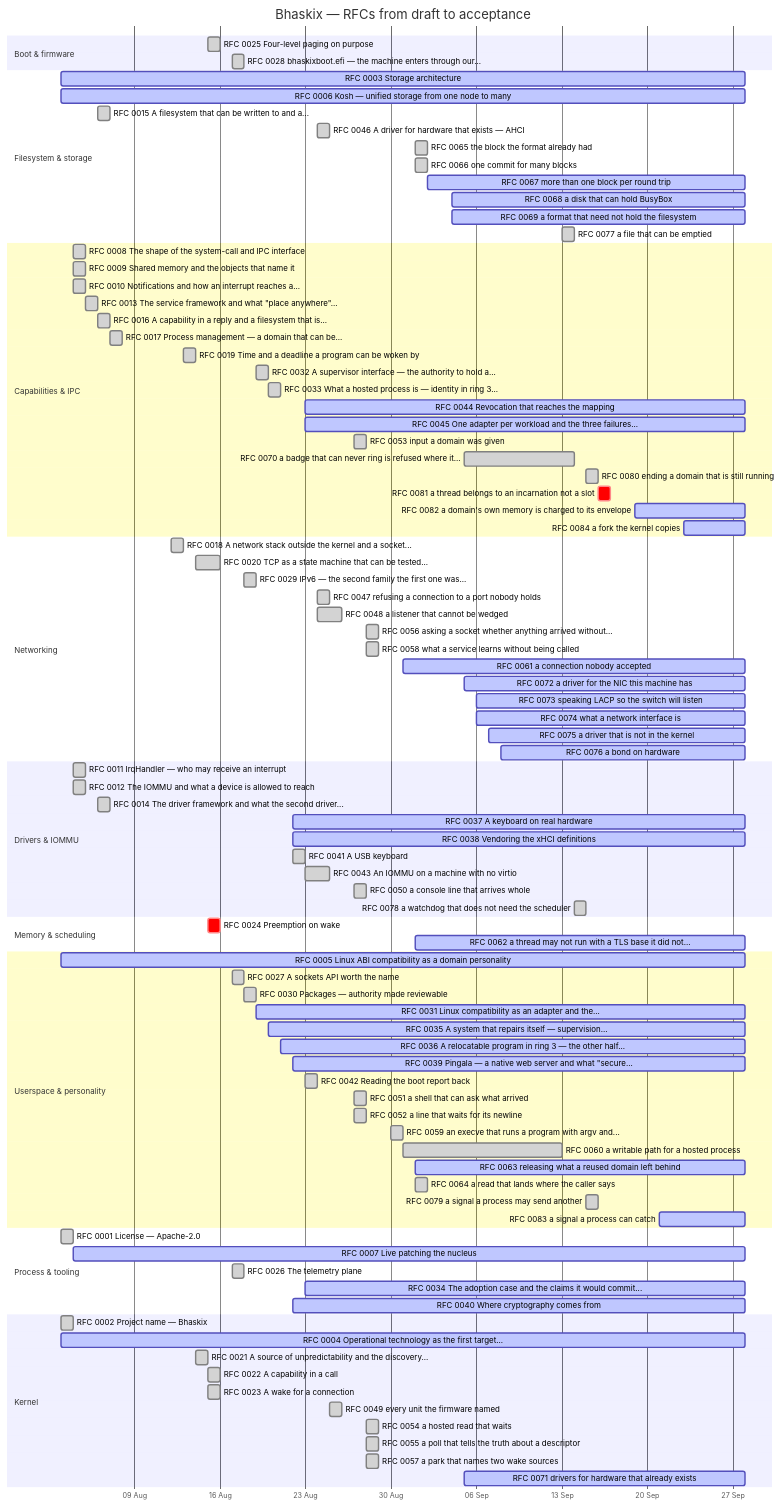
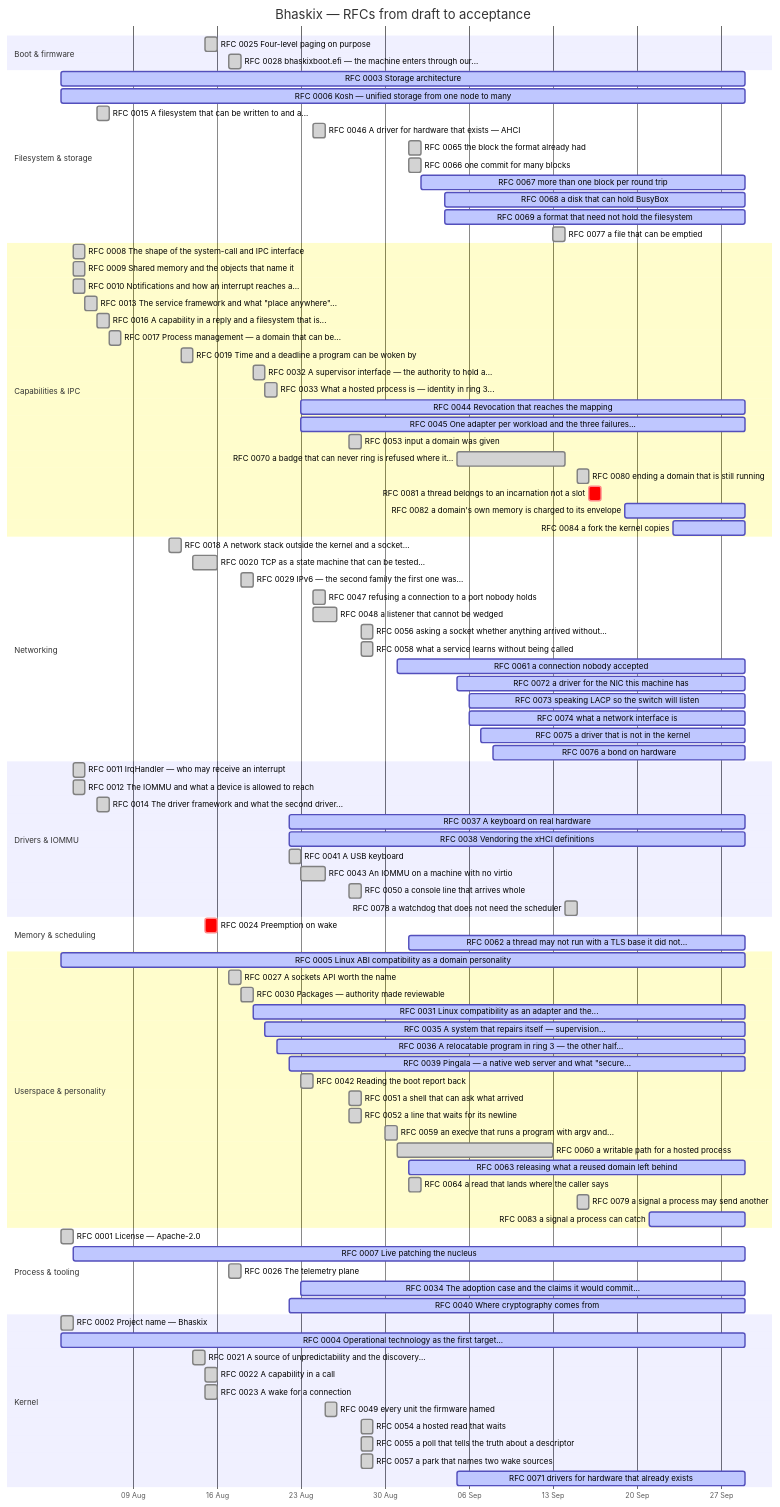
One commit to bhaskix/bhaskix changed the diagram in docs/progress.md. Above: the diagram before and after it, drawn with Mermaid. The commit also changed other lines of this file and 5 other files, not shown here.

````diff
--- a/docs/progress.md
+++ b/docs/progress.md
@@ -31,15 +31,15 @@
     RFC 0025 Four-level paging on purpose :done, r0025, 2026-08-15, 2026-08-16
     RFC 0028 bhaskixboot.efi — the machine enters through our... :done, r0028, 2026-08-17, 2026-08-18
     section Filesystem & storage
-    RFC 0003 Storage architecture :active, r0003, 2026-08-03, 2026-09-28
-    RFC 0006 Kosh — unified storage from one node to many :active, r0006, 2026-08-03, 2026-09-28
+    RFC 0003 Storage architecture :active, r0003, 2026-08-03, 2026-09-29
+    RFC 0006 Kosh — unified storage from one node to many :active, r0006, 2026-08-03, 2026-09-29
     RFC 0015 A filesystem that can be written to and a... :done, r0015, 2026-08-06, 1d
     RFC 0046 A driver for hardware that exists — AHCI :done, r0046, 2026-08-24, 1d
     RFC 0065 the block the format already had :done, r0065, 2026-09-01, 1d
     RFC 0066 one commit for many blocks :done, r0066, 2026-09-01, 1d
-    RFC 0067 more than one block per round trip :active, r0067, 2026-09-02, 2026-09-28
-    RFC 0068 a disk that can hold BusyBox :active, r0068, 2026-09-04, 2026-09-28
-    RFC 0069 a format that need not hold the filesystem :active, r0069, 2026-09-04, 2026-09-28
+    RFC 0067 more than one block per round trip :active, r0067, 2026-09-02, 2026-09-29
+    RFC 0068 a disk that can hold BusyBox :active, r0068, 2026-09-04, 2026-09-29
+    RFC 0069 a format that need not hold the filesystem :active, r0069, 2026-09-04, 2026-09-29
     RFC 0077 a file that can be emptied :done, r0077, 2026-09-13, 1d
     section Capabilities & IPC
     RFC 0008 The shape of the system-call and IPC interface :done, r0008, 2026-08-04, 1d
@@ -51,14 +51,14 @@
     RFC 0019 Time and a deadline a program can be woken by :done, r0019, 2026-08-13, 2026-08-14
     RFC 0032 A supervisor interface — the authority to hold a... :done, r0032, 2026-08-19, 2026-08-20
     RFC 0033 What a hosted process is — identity in ring 3... :done, r0033, 2026-08-20, 1d
-    RFC 0044 Revocation that reaches the mapping :active, r0044, 2026-08-23, 2026-09-28
-    RFC 0045 One adapter per workload and the three failures... :active, r0045, 2026-08-23, 2026-09-28
+    RFC 0044 Revocation that reaches the mapping :active, r0044, 2026-08-23, 2026-09-29
+    RFC 0045 One adapter per workload and the three failures... :active, r0045, 2026-08-23, 2026-09-29
     RFC 0053 input a domain was given :done, r0053, 2026-08-27, 1d
     RFC 0070 a badge that can never ring is refused where it... :done, r0070, 2026-09-05, 2026-09-14
     RFC 0080 ending a domain that is still running :done, r0080, 2026-09-15, 1d
     RFC 0081 a thread belongs to an incarnation not a slot :crit, r0081, 2026-09-16, 1d
-    RFC 0082 a domain's own memory is charged to its envelope :active, r0082, 2026-09-19, 2026-09-28
-    RFC 0084 a fork the kernel copies :active, r0084, 2026-09-23, 2026-09-28
+    RFC 0082 a domain's own memory is charged to its envelope :active, r0082, 2026-09-19, 2026-09-29
+    RFC 0084 a fork the kernel copies :active, r0084, 2026-09-23, 2026-09-29
     section Networking
     RFC 0018 A network stack outside the kernel and a socket... :done, r0018, 2026-08-12, 2026-08-13
     RFC 0020 TCP as a state machine that can be tested... :done, r0020, 2026-08-14, 2026-08-16
@@ -67,51 +67,51 @@
     RFC 0048 a listener that cannot be wedged :done, r0048, 2026-08-24, 2026-08-26
     RFC 0056 asking a socket whether anything arrived without... :done, r0056, 2026-08-28, 1d
     RFC 0058 what a service learns without being called :done, r0058, 2026-08-28, 1d
-    RFC 0061 a connection nobody accepted :active, r0061, 2026-08-31, 2026-09-28
-    RFC 0072 a driver for the NIC this machine has :active, r0072, 2026-09-05, 2026-09-28
-    RFC 0073 speaking LACP so the switch will listen :active, r0073, 2026-09-06, 2026-09-28
-    RFC 0074 what a network interface is :active, r0074, 2026-09-06, 2026-09-28
-    RFC 0075 a driver that is not in the kernel :active, r0075, 2026-09-07, 2026-09-28
-    RFC 0076 a bond on hardware :active, r0076, 2026-09-08, 2026-09-28
+    RFC 0061 a connection nobody accepted :active, r0061, 2026-08-31, 2026-09-29
+    RFC 0072 a driver for the NIC this machine has :active, r0072, 2026-09-05, 2026-09-29
+    RFC 0073 speaking LACP so the switch will listen :active, r0073, 2026-09-06, 2026-09-29
+    RFC 0074 what a network interface is :active, r0074, 2026-09-06, 2026-09-29
+    RFC 0075 a driver that is not in the kernel :active, r0075, 2026-09-07, 2026-09-29
+    RFC 0076 a bond on hardware :active, r0076, 2026-09-08, 2026-09-29
     section Drivers & IOMMU
     RFC 0011 IrqHandler — who may receive an interrupt :done, r0011, 2026-08-04, 1d
     RFC 0012 The IOMMU and what a device is allowed to reach :done, r0012, 2026-08-04, 1d
     RFC 0014 The driver framework and what the second driver... :done, r0014, 2026-08-06, 1d
-    RFC 0037 A keyboard on real hardware :active, r0037, 2026-08-22, 2026-09-28
-    RFC 0038 Vendoring the xHCI definitions :active, r0038, 2026-08-22, 2026-09-28
+    RFC 0037 A keyboard on real hardware :active, r0037, 2026-08-22, 2026-09-29
+    RFC 0038 Vendoring the xHCI definitions :active, r0038, 2026-08-22, 2026-09-29
     RFC 0041 A USB keyboard :done, r0041, 2026-08-22, 2026-08-23
     RFC 0043 An IOMMU on a machine with no virtio :done, r0043, 2026-08-23, 2026-08-25
     RFC 0050 a console line that arrives whole :done, r0050, 2026-08-27, 1d
     RFC 0078 a watchdog that does not need the scheduler :done, r0078, 2026-09-14, 2026-09-15
     section Memory & scheduling
     RFC 0024 Preemption on wake :crit, r0024, 2026-08-15, 1d
-    RFC 0062 a thread may not run with a TLS base it did not... :active, r0062, 2026-09-01, 2026-09-28
+    RFC 0062 a thread may not run with a TLS base it did not... :active, r0062, 2026-09-01, 2026-09-29
     section Userspace & personality
-    RFC 0005 Linux ABI compatibility as a domain personality :active, r0005, 2026-08-03, 2026-09-28
+    RFC 0005 Linux ABI compatibility as a domain personality :active, r0005, 2026-08-03, 2026-09-29
     RFC 0027 A sockets API worth the name :done, r0027, 2026-08-17, 1d
     RFC 0030 Packages — authority made reviewable :done, r0030, 2026-08-18, 2026-08-19
-    RFC 0031 Linux compatibility as an adapter and the... :active, r0031, 2026-08-19, 2026-09-28
-    RFC 0035 A system that repairs itself — supervision... :active, r0035, 2026-08-20, 2026-09-28
-    RFC 0036 A relocatable program in ring 3 — the other half... :active, r0036, 2026-08-21, 2026-09-28
-    RFC 0039 Pingala — a native web server and what "secure... :active, r0039, 2026-08-22, 2026-09-28
+    RFC 0031 Linux compatibility as an adapter and the... :active, r0031, 2026-08-19, 2026-09-29
+    RFC 0035 A system that repairs itself — supervision... :active, r0035, 2026-08-20, 2026-09-29
+    RFC 0036 A relocatable program in ring 3 — the other half... :active, r0036, 2026-08-21, 2026-09-29
+    RFC 0039 Pingala — a native web server and what "secure... :active, r0039, 2026-08-22, 2026-09-29
     RFC 0042 Reading the boot report back :done, r0042, 2026-08-23, 1d
     RFC 0051 a shell that can ask what arrived :done, r0051, 2026-08-27, 1d
     RFC 0052 a line that waits for its newline :done, r0052, 2026-08-27, 1d
     RFC 0059 an execve that runs a program with argv and... :done, r0059, 2026-08-30, 1d
     RFC 0060 a writable path for a hosted process :done, r0060, 2026-08-31, 2026-09-13
-    RFC 0063 releasing what a reused domain left behind :active, r0063, 2026-09-01, 2026-09-28
+    RFC 0063 releasing what a reused domain left behind :active, r0063, 2026-09-01, 2026-09-29
     RFC 0064 a read that lands where the caller says :done, r0064, 2026-09-01, 1d
     RFC 0079 a signal a process may send another :done, r0079, 2026-09-15, 1d
-    RFC 0083 a signal a process can catch :active, r0083, 2026-09-21, 2026-09-28
+    RFC 0083 a signal a process can catch :active, r0083, 2026-09-21, 2026-09-29
     section Process & tooling
     RFC 0001 License — Apache-2.0 :done, r0001, 2026-08-03, 1d
-    RFC 0007 Live patching the nucleus :active, r0007, 2026-08-04, 2026-09-28
+    RFC 0007 Live patching the nucleus :active, r0007, 2026-08-04, 2026-09-29
     RFC 0026 The telemetry plane :done, r0026, 2026-08-17, 1d
-    RFC 0034 The adoption case and the claims it would commit... :active, r0034, 2026-08-23, 2026-09-28
-    RFC 0040 Where cryptography comes from :active, r0040, 2026-08-22, 2026-09-28
+    RFC 0034 The adoption case and the claims it would commit... :active, r0034, 2026-08-23, 2026-09-29
+    RFC 0040 Where cryptography comes from :active, r0040, 2026-08-22, 2026-09-29
     section Kernel
     RFC 0002 Project name — Bhaskix :done, r0002, 2026-08-03, 1d
-    RFC 0004 Operational technology as the first target... :active, r0004, 2026-08-03, 2026-09-28
+    RFC 0004 Operational technology as the first target... :active, r0004, 2026-08-03, 2026-09-29
     RFC 0021 A source of unpredictability and the discovery... :done, r0021, 2026-08-14, 1d
     RFC 0022 A capability in a call :done, r0022, 2026-08-15, 2026-08-16
     RFC 0023 A wake for a connection :done, r0023, 2026-08-15, 2026-08-16
@@ -119,5 +119,5 @@
     RFC 0054 a hosted read that waits :done, r0054, 2026-08-28, 1d
     RFC 0055 a poll that tells the truth about a descriptor :done, r0055, 2026-08-28, 1d
     RFC 0057 a park that names two wake sources :done, r0057, 2026-08-28, 1d
-    RFC 0071 drivers for hardware that already exists :active, r0071, 2026-09-05, 2026-09-28
+    RFC 0071 drivers for hardware that already exists :active, r0071, 2026-09-05, 2026-09-29
 ```
````
